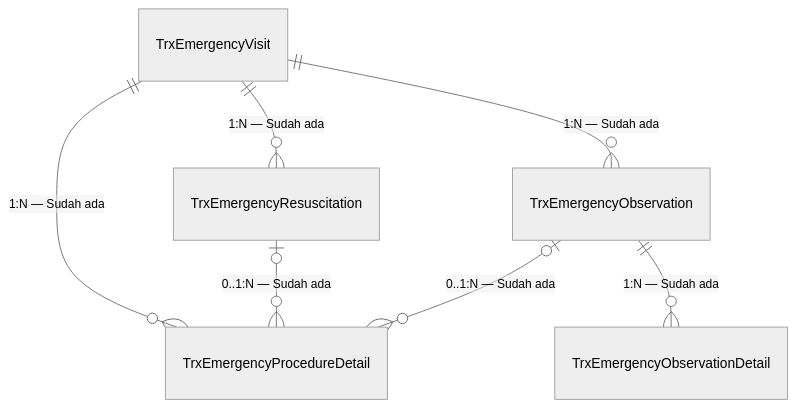
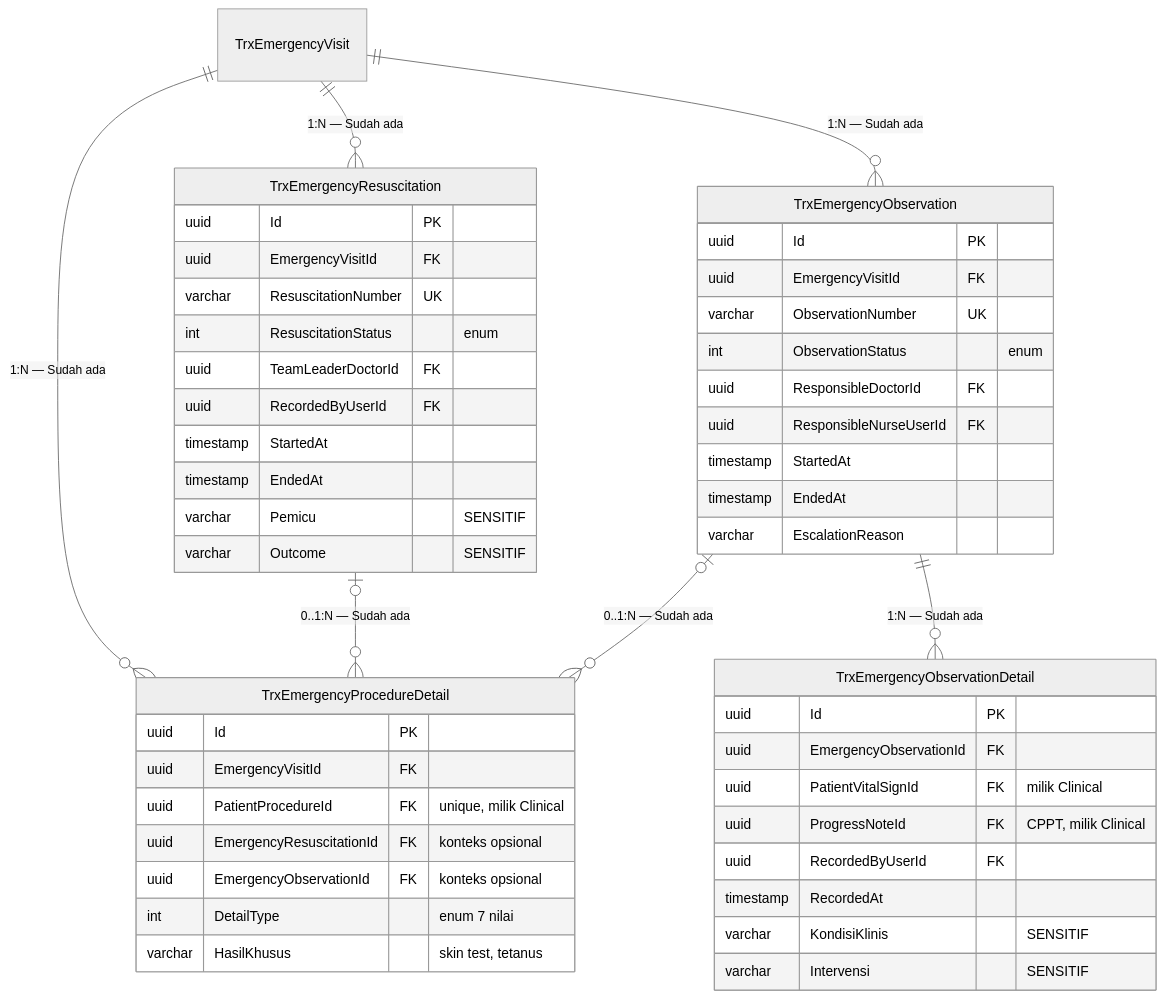
The second of 3 diagrams in docs/module-blueprints/igd/erd/emergency-episode.md (DevBenari/NewQuilvianSystemBackend), drawn with Mermaid (neutral theme) before and after one commit. The commit also changed other lines of this file and 5 other files, not shown here.

Commit message:
feat(erd): Enhance ERD and data dictionary documentation with DDL schema and audit columns

````diff
--- a/docs/module-blueprints/igd/erd/emergency-episode.md
+++ b/docs/module-blueprints/igd/erd/emergency-episode.md
@@ -33,9 +116,51 @@
 ```mermaid
 erDiagram
+    TrxEmergencyResuscitation {
+        uuid Id PK
+        uuid EmergencyVisitId FK
+        varchar ResuscitationNumber UK
+        int ResuscitationStatus "enum"
+        uuid TeamLeaderDoctorId FK
+        uuid RecordedByUserId FK
+        timestamp StartedAt
+        timestamp EndedAt
+        varchar Pemicu "SENSITIF"
+        varchar Outcome "SENSITIF"
+    }
+    TrxEmergencyObservation {
+        uuid Id PK
+        uuid EmergencyVisitId FK
+        varchar ObservationNumber UK
+        int ObservationStatus "enum"
+        uuid ResponsibleDoctorId FK
+        uuid ResponsibleNurseUserId FK
+        timestamp StartedAt
+        timestamp EndedAt
+        varchar EscalationReason
+    }
+    TrxEmergencyObservationDetail {
+        uuid Id PK
+        uuid EmergencyObservationId FK
+        uuid PatientVitalSignId FK "milik Clinical"
+        uuid ProgressNoteId FK "CPPT, milik Clinical"
+        uuid RecordedByUserId FK
+        timestamp RecordedAt
+        varchar KondisiKlinis "SENSITIF"
+        varchar Intervensi "SENSITIF"
+    }
+    TrxEmergencyProcedureDetail {
+        uuid Id PK
+        uuid EmergencyVisitId FK
+        uuid PatientProcedureId FK "unique, milik Clinical"
+        uuid EmergencyResuscitationId FK "konteks opsional"
+        uuid EmergencyObservationId FK "konteks opsional"
+        int DetailType "enum 7 nilai"
+        varchar HasilKhusus "skin test, tetanus"
+    }
     TrxEmergencyVisit ||--o{ TrxEmergencyResuscitation : "1:N — Sudah ada"
     TrxEmergencyVisit ||--o{ TrxEmergencyObservation : "1:N — Sudah ada"
     TrxEmergencyVisit ||--o{ TrxEmergencyProcedureDetail : "1:N — Sudah ada"
     TrxEmergencyObservation ||--o{ TrxEmergencyObservationDetail : "1:N — Sudah ada"
     TrxEmergencyResuscitation |o--o{ TrxEmergencyProcedureDetail : "0..1:N — Sudah ada"
     TrxEmergencyObservation |o--o{ TrxEmergencyProcedureDetail : "0..1:N — Sudah ada"
 ```
````
